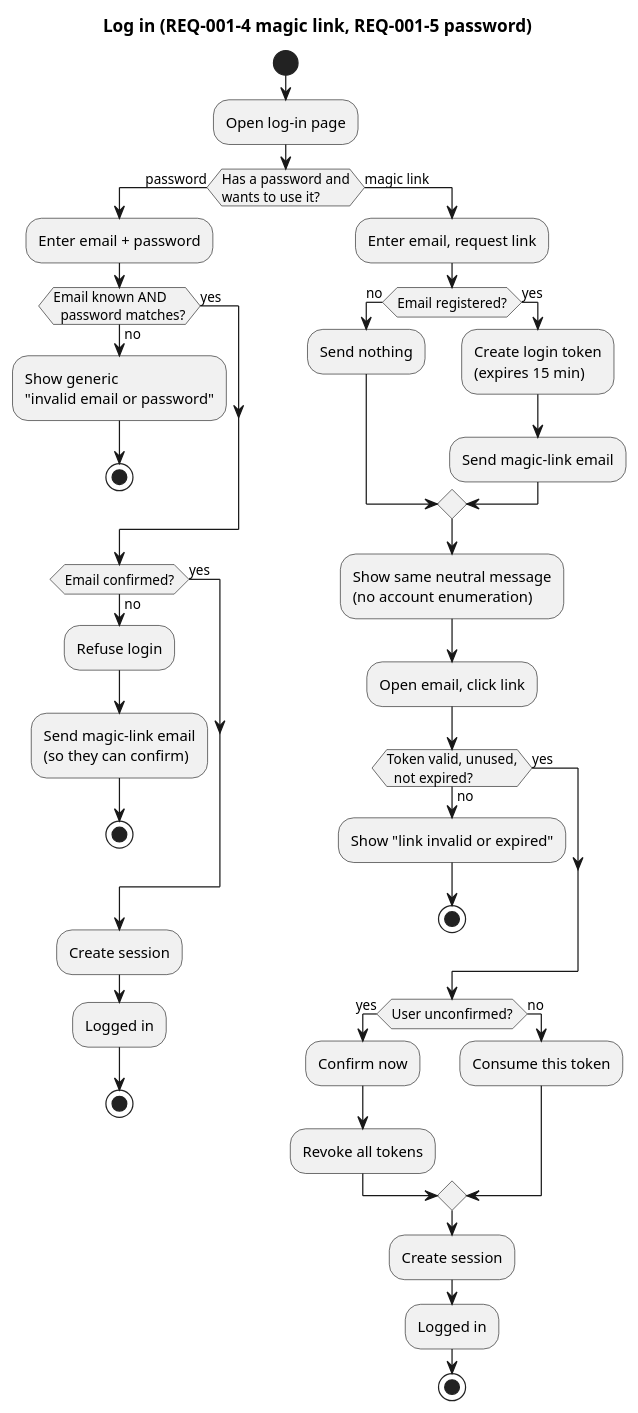
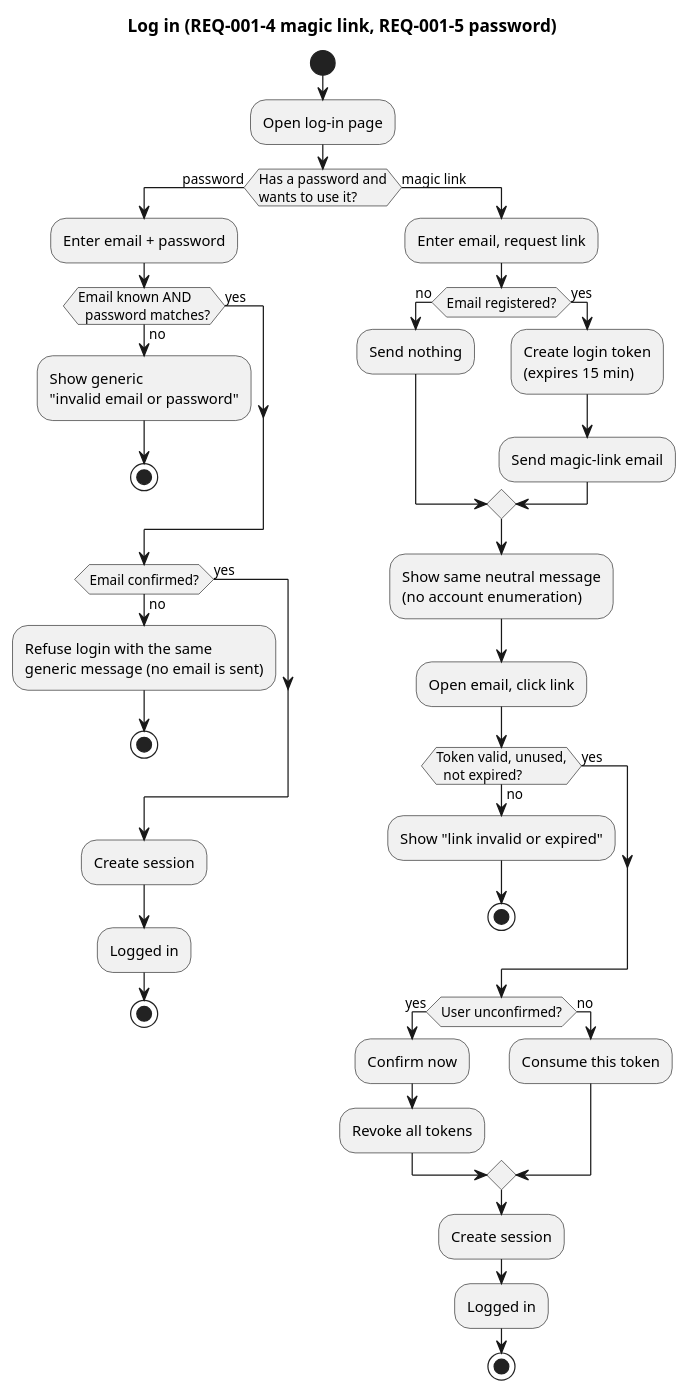
One commit to raseniero/jairojobs-elixir changed the diagram in docs/specs/001-accounts-authentication/diagrams/activity-login.puml. Above: the diagram before and after it, drawn with PlantUML. The commit also changed 14 other files, not shown here.

Commit message:
docs: bring spec 001-003 diagrams in line with the app

```diff
--- a/docs/specs/001-accounts-authentication/diagrams/activity-login.puml
+++ b/docs/specs/001-accounts-authentication/diagrams/activity-login.puml
@@ -1,55 +1,54 @@
 @startuml activity-login
 ' Spec 001 — log in by magic link or password (REQ-001-4, REQ-001-5)
 title Log in (REQ-001-4 magic link, REQ-001-5 password)
 
 start
 :Open log-in page;
 if (Has a password and
 wants to use it?) then (password)
   :Enter email + password;
   if (Email known AND
   password matches?) then (no)
     :Show generic
     "invalid email or password";
     stop
   else (yes)
   endif
   if (Email confirmed?) then (no)
-    :Refuse login;
-    :Send magic-link email
-    (so they can confirm);
+    :Refuse login with the same
+    generic message (no email is sent);
     stop
   else (yes)
   endif
   :Create session;
   :Logged in;
   stop
 else (magic link)
   :Enter email, request link;
   if (Email registered?) then (no)
     :Send nothing;
   else (yes)
     :Create login token
     (expires 15 min);
     :Send magic-link email;
   endif
   :Show same neutral message
   (no account enumeration);
   :Open email, click link;
   if (Token valid, unused,
   not expired?) then (no)
     :Show "link invalid or expired";
     stop
   else (yes)
   endif
   if (User unconfirmed?) then (yes)
     :Confirm now;
     :Revoke all tokens;
   else (no)
     :Consume this token;
   endif
   :Create session;
   :Logged in;
   stop
 endif
 @enduml
```
